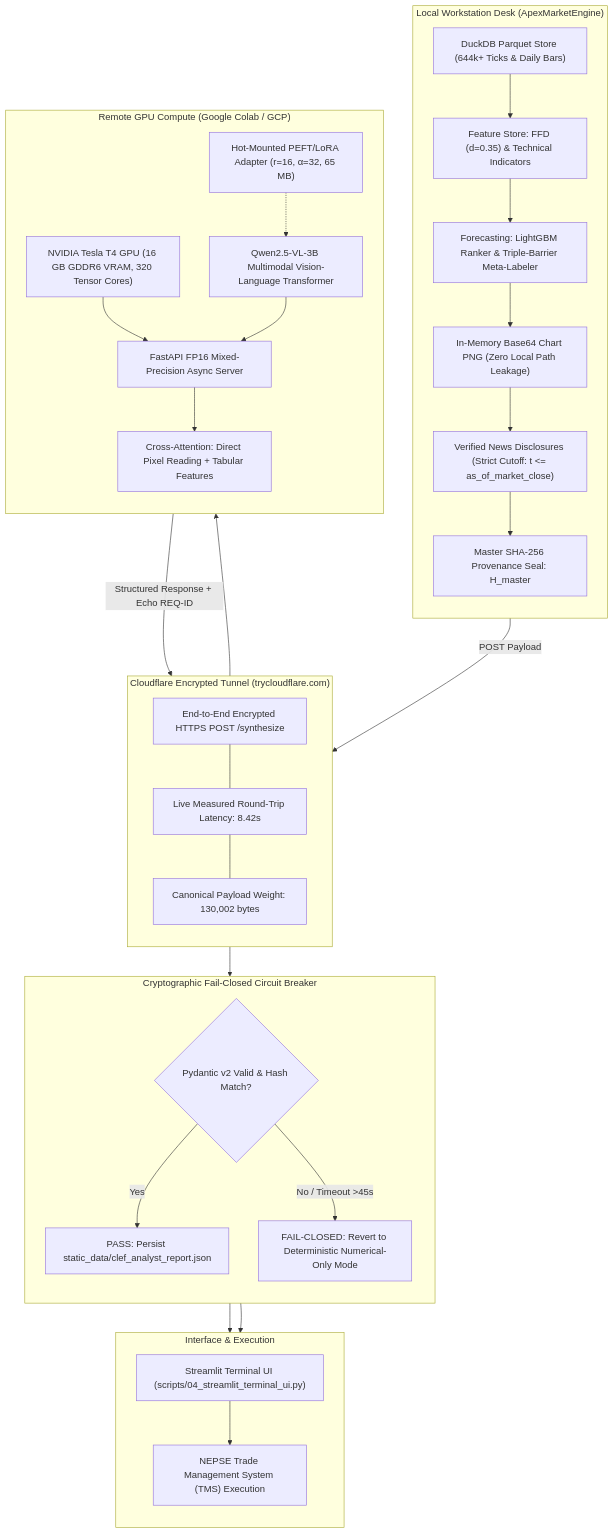
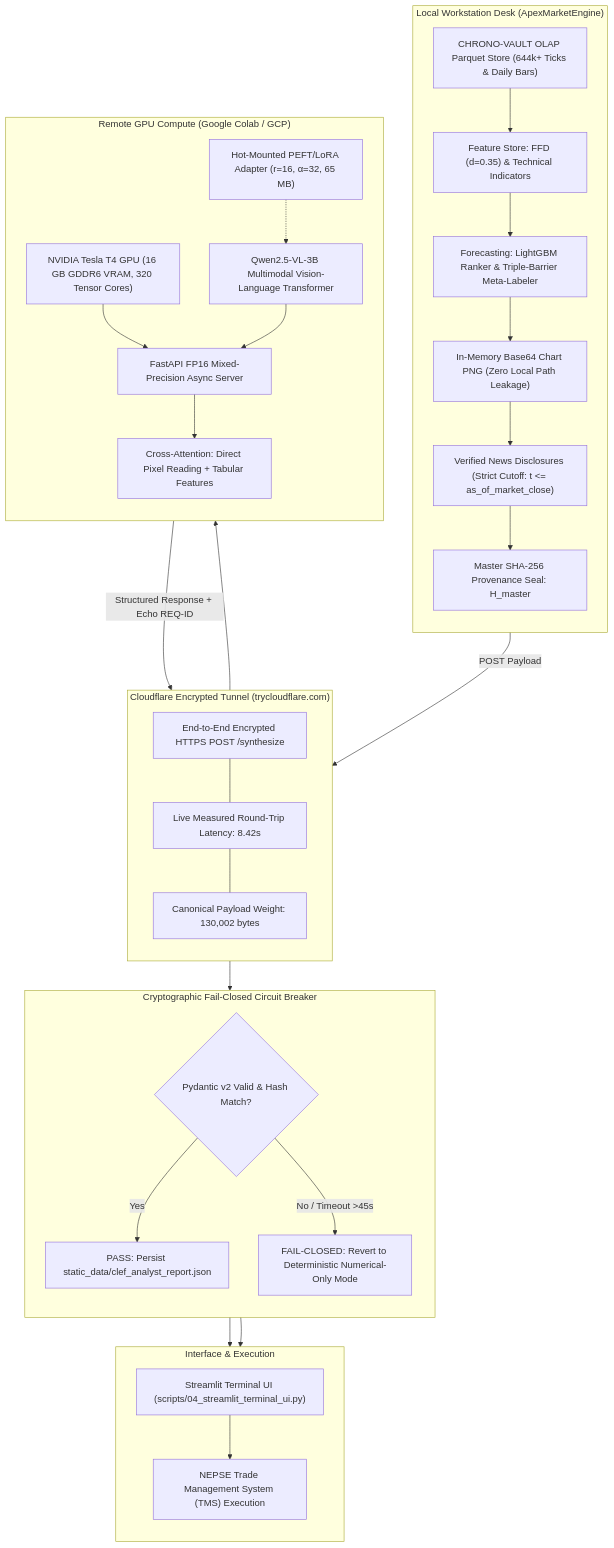
Before and after one commit to syzfint/NepseP: the second of 3 diagrams in README.md, drawn with Mermaid. The commit also changed other lines of this file and 266 other files, not shown here.

````diff
--- a/README.md
+++ b/README.md
@@ -126,57 +126,57 @@
 ```mermaid
 flowchart TD
     subgraph LocalDesk["Local Workstation Desk (ApexMarketEngine)"]
         direction TB
-        L1["DuckDB Parquet Store (644k+ Ticks & Daily Bars)"]
+        L1["CHRONO-VAULT OLAP Parquet Store (644k+ Ticks & Daily Bars)"]
         L2["Feature Store: FFD (d=0.35) & Technical Indicators"]
         L3["Forecasting: LightGBM Ranker & Triple-Barrier Meta-Labeler"]
         L4["In-Memory Base64 Chart PNG (Zero Local Path Leakage)"]
         L5["Verified News Disclosures (Strict Cutoff: t <= as_of_market_close)"]
         L6["Master SHA-256 Provenance Seal: H_master"]
         L1 --> L2 --> L3 --> L4 --> L5 --> L6
     end
 
     subgraph Tunnel["Cloudflare Encrypted Tunnel (trycloudflare.com)"]
         direction TB
         T1["End-to-End Encrypted HTTPS POST /synthesize"]
         T2["Live Measured Round-Trip Latency: 8.42s"]
         T3["Canonical Payload Weight: 130,002 bytes"]
         T1 --- T2 --- T3
     end
 
     subgraph RemoteGPU["Remote GPU Compute (Google Colab / GCP)"]
         direction TB
         G1["NVIDIA Tesla T4 GPU (16 GB GDDR6 VRAM, 320 Tensor Cores)"]
         G2["FastAPI FP16 Mixed-Precision Async Server"]
         G3["Qwen2.5-VL-3B Multimodal Vision-Language Transformer"]
         G4["Hot-Mounted PEFT/LoRA Adapter (r=16, α=32, 65 MB)"]
         G5["Cross-Attention: Direct Pixel Reading + Tabular Features"]
         G1 --> G2
         G4 -.-> G3
         G3 --> G2
         G2 --> G5
     end
 
     subgraph CircuitBreaker["Cryptographic Fail-Closed Circuit Breaker"]
         direction TB
         CB1{"Pydantic v2 Valid & Hash Match?"}
         CB_Pass["PASS: Persist static_data/clef_analyst_report.json"]
         CB_Fail["FAIL-CLOSED: Revert to Deterministic Numerical-Only Mode"]
         CB1 -->|"Yes"| CB_Pass
         CB1 -->|"No / Timeout >45s"| CB_Fail
     end
 
     subgraph Interface["Interface & Execution"]
         direction TB
         UI["Streamlit Terminal UI (scripts/04_streamlit_terminal_ui.py)"]
         TMS["NEPSE Trade Management System (TMS) Execution"]
         UI --> TMS
     end
 
     L6 -->|"POST Payload"| T1
     T3 --> G2
     G5 -->|"Structured Response + Echo REQ-ID"| T1
     T1 --> CB1
     CB_Pass --> UI
     CB_Fail --> UI
 ```
````
